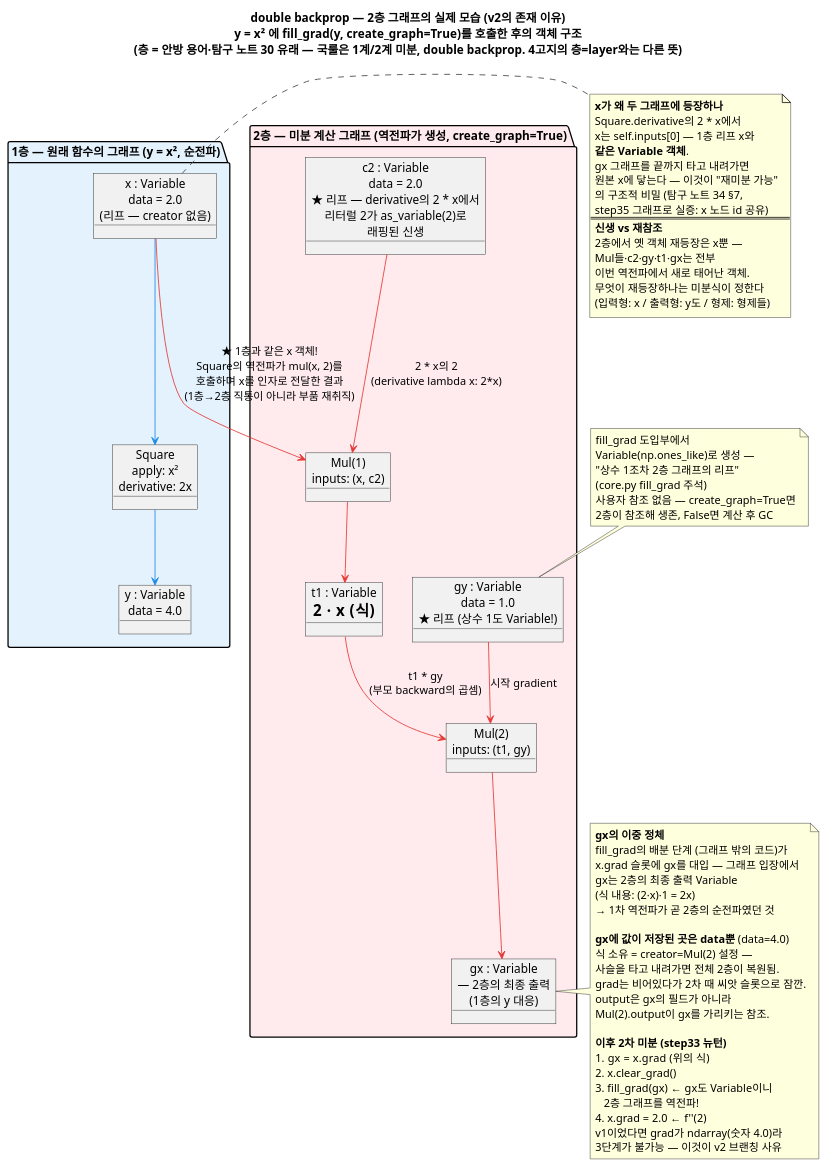
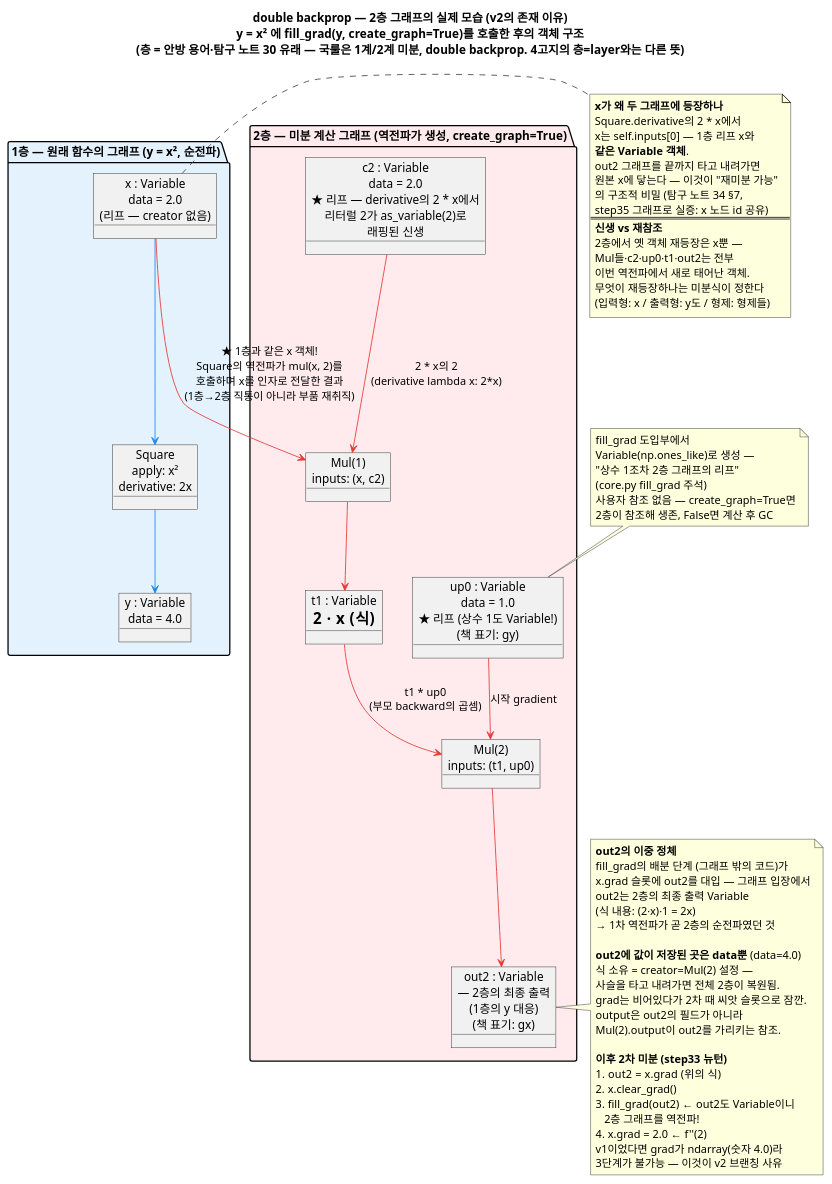
The diagram in notes/diagrams/v2/04_double_backprop.puml (ghjang/deep-learning-from-scratch-3), drawn with PlantUML before and after one commit. The commit also changed 4 other files, not shown here.

First line of the commit message:
docs(diagrams): 04~06 dezero 표기(gx/gy)를 rezero 표기로 개명 + 일관성 점검

```diff
--- a/notes/diagrams/v2/04_double_backprop.puml
+++ b/notes/diagrams/v2/04_double_backprop.puml
@@ -1,89 +1,89 @@
 @startuml 04_double_backprop
 title double backprop — 2층 그래프의 실제 모습 (v2의 존재 이유)\ny = x² 에 fill_grad(y, create_graph=True)를 호출한 후의 객체 구조\n(층 = 안방 용어·탐구 노트 30 유래 — 국룰은 1계/2계 미분, double backprop. 4고지의 층=layer와는 다른 뜻)
 
 skinparam shadowing false
 skinparam object {
   ArrowColor #444444
 }
 
 ' ===== 1층 — 순전파가 만든 원래 그래프 =====
 package "1층 — 원래 함수의 그래프 (y = x², 순전파)" #E3F2FD {
   object "x : Variable\ndata = 2.0\n(리프 — creator 없음)" as x
   object "Square\napply: x²\nderivative: 2x" as sq
   object "y : Variable\ndata = 4.0" as y
 }
 
 ' ===== 2층 — 역전파가 '만든' 미분 계산 그래프 =====
 package "2층 — 미분 계산 그래프 (역전파가 생성, create_graph=True)" #FFEBEE {
-  object "gy : Variable\ndata = 1.0\n★ 리프 (상수 1도 Variable!)" as gy
+  object "up0 : Variable\ndata = 1.0\n★ 리프 (상수 1도 Variable!)\n(책 표기: gy)" as up0
   object "c2 : Variable\ndata = 2.0\n★ 리프 — derivative의 2 * x에서\n리터럴 2가 as_variable(2)로\n래핑된 신생" as c2
   object "Mul(1)\ninputs: (x, c2)" as m1
   object "t1 : Variable\n= 2 · x  (식)" as t1
-  object "Mul(2)\ninputs: (t1, gy)" as m2
-  object "gx : Variable\n— 2층의 최종 출력\n(1층의 y 대응)" as gx
+  object "Mul(2)\ninputs: (t1, up0)" as m2
+  object "out2 : Variable\n— 2층의 최종 출력\n(1층의 y 대응)\n(책 표기: gx)" as out2
 }
 
 ' ===== 1층 데이터 흐름 =====
 x -[#1E88E5]-> sq
 sq -[#1E88E5]-> y
 
 ' ===== 2층 데이터 흐름 (역전파 중 Variable 연산으로 생성됨) =====
 x -[#E53935]-> m1 : ★ 1층과 같은 x 객체!\nSquare의 역전파가 mul(x, 2)를\n호출하며 x를 인자로 전달한 결과\n(1층→2층 직통이 아니라 부품 재취직)
 c2 -[#E53935]-> m1 : 2 * x의 2\n(derivative lambda x: 2*x)
 m1 -[#E53935]-> t1
-t1 -[#E53935]-> m2 : t1 * gy\n(부모 backward의 곱셈)
-gy -[#E53935]-> m2 : 시작 gradient
-m2 -[#E53935]-> gx
+t1 -[#E53935]-> m2 : t1 * up0\n(부모 backward의 곱셈)
+up0 -[#E53935]-> m2 : 시작 gradient
+m2 -[#E53935]-> out2
 
 note right of x
   <b>x가 왜 두 그래프에 등장하나</b>
   Square.derivative의 2 * x에서
   x는 self.inputs[0] — 1층 리프 x와
   <b>같은 Variable 객체</b>.
-  gx 그래프를 끝까지 타고 내려가면
+  out2 그래프를 끝까지 타고 내려가면
   원본 x에 닿는다 — 이것이 "재미분 가능"
   의 구조적 비밀 (탐구 노트 34 §7,
   step35 그래프로 실증: x 노드 id 공유)
   ====
   <b>신생 vs 재참조</b>
   2층에서 옛 객체 재등장은 x뿐 —
-  Mul들·c2·gy·t1·gx는 전부
+  Mul들·c2·up0·t1·out2는 전부
   이번 역전파에서 새로 태어난 객체.
   무엇이 재등장하나는 미분식이 정한다
   (입력형: x / 출력형: y도 / 형제: 형제들)
 end note
 
-note right of gx
-  <b>gx의 이중 정체</b>
+note right of out2
+  <b>out2의 이중 정체</b>
   fill_grad의 배분 단계 (그래프 밖의 코드)가
-  x.grad 슬롯에 gx를 대입 — 그래프 입장에서
-  gx는 2층의 최종 출력 Variable
+  x.grad 슬롯에 out2를 대입 — 그래프 입장에서
+  out2는 2층의 최종 출력 Variable
   (식 내용: (2·x)·1 = 2x)
   → 1차 역전파가 곧 2층의 순전파였던 것
 
-  <b>gx에 값이 저장된 곳은 data뿐</b> (data=4.0)
+  <b>out2에 값이 저장된 곳은 data뿐</b> (data=4.0)
   식 소유 = creator=Mul(2) 설정 —
   사슬을 타고 내려가면 전체 2층이 복원됨.
   grad는 비어있다가 2차 때 씨앗 슬롯으로 잠깐.
-  output은 gx의 필드가 아니라
-  Mul(2).output이 gx를 가리키는 참조.
+  output은 out2의 필드가 아니라
+  Mul(2).output이 out2를 가리키는 참조.
 
   <b>이후 2차 미분 (step33 뉴턴)</b>
-  1. gx = x.grad  (위의 식)
+  1. out2 = x.grad  (위의 식)
   2. x.clear_grad()
-  3. fill_grad(gx)  ← gx도 Variable이니
+  3. fill_grad(out2)  ← out2도 Variable이니
      2층 그래프를 역전파!
   4. x.grad = 2.0  ← f''(2)
   v1이었다면 grad가 ndarray(숫자 4.0)라
   3단계가 불가능 — 이것이 v2 브랜칭 사유
 end note
 
-note top of gy
+note top of up0
   fill_grad 도입부에서
   Variable(np.ones_like)로 생성 —
   "상수 1조차 2층 그래프의 리프"
   (core.py fill_grad 주석)
   사용자 참조 없음 — create_graph=True면
   2층이 참조해 생존, False면 계산 후 GC
 end note
 @enduml
```
